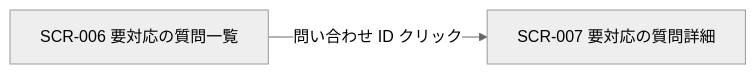
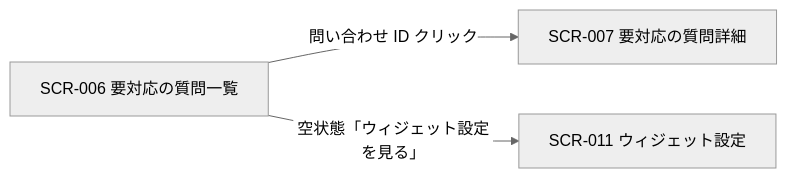
Before and after one commit to sikakou54/open-faq: the diagram in 02_basic_design/01_frontend/01_screens/SCR-006.md, drawn with Mermaid (neutral theme). The commit also changed other lines of this file and 162 other files, not shown here.

````diff
--- a/02_basic_design/01_frontend/01_screens/SCR-006.md
+++ b/02_basic_design/01_frontend/01_screens/SCR-006.md
@@ -29,6 +21,8 @@
 ```mermaid
 flowchart LR
   S1["SCR-006 要対応の質問一覧"]
   S2["SCR-007 要対応の質問詳細"]
+  S3["SCR-011 ウィジェット設定"]
   S1 -->|問い合わせ ID クリック| S2
+  S1 -->|空状態「ウィジェット設定を見る」| S3
 ```
````
